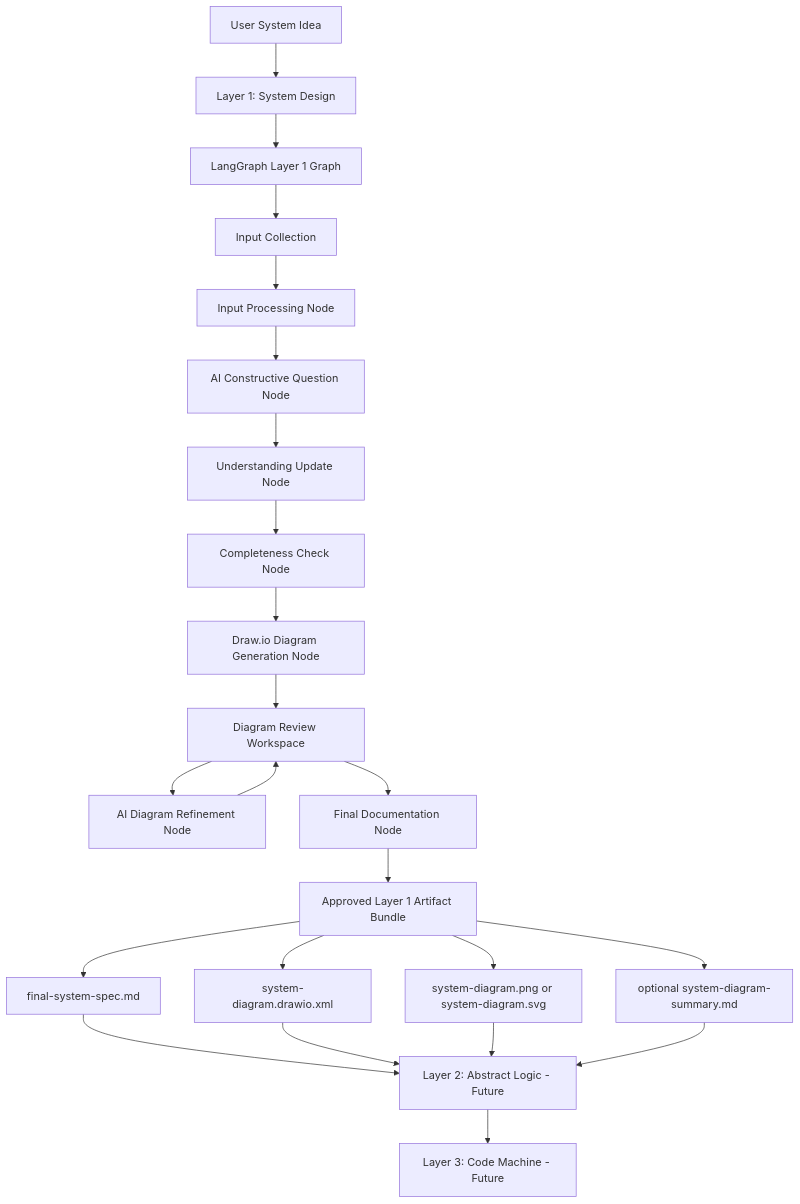
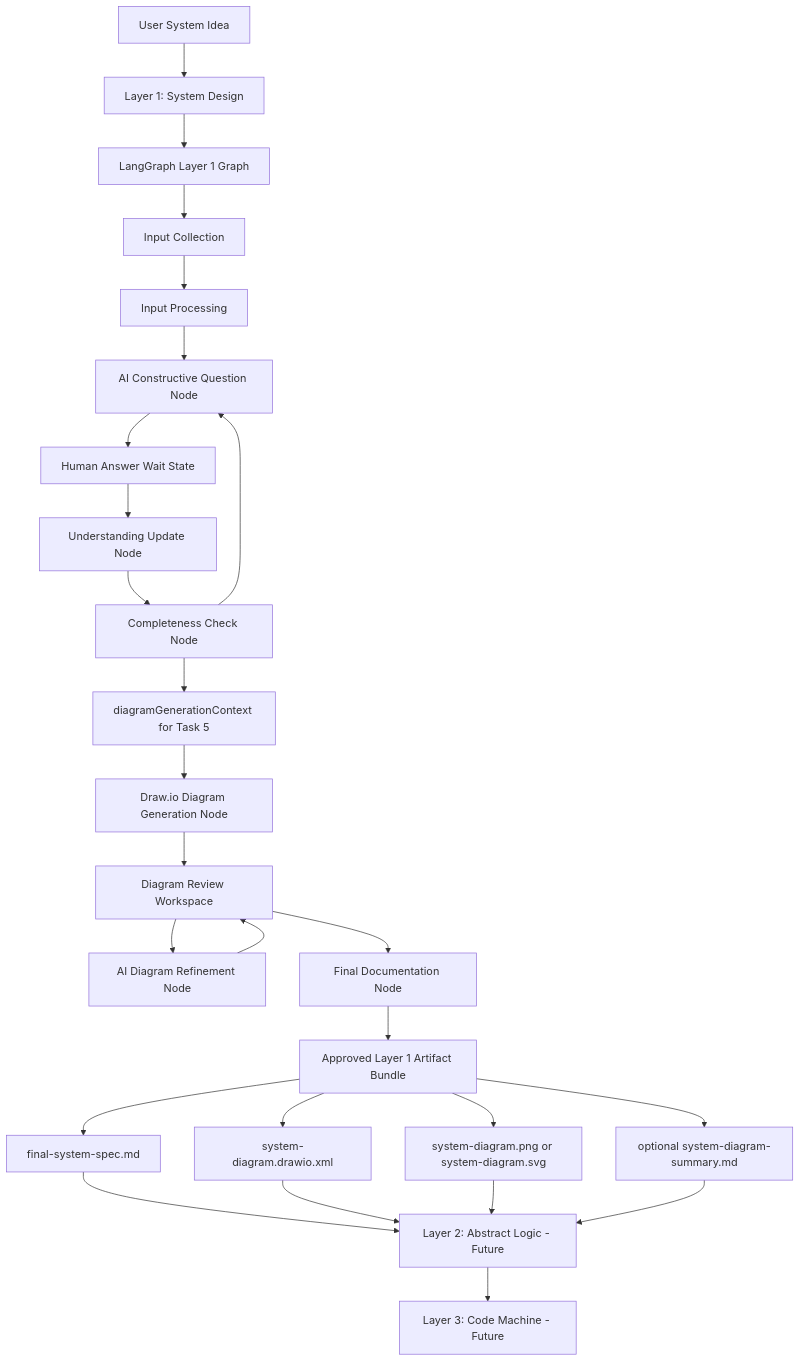
Before and after one commit to ProductMasterz/Mujarrad-Frontend: the first of 19 diagrams in Docs/system-design-detailed-plan.md, drawn with Mermaid. The commit also changed other lines of this file and 29 other files, not shown here.

Commit message:
Complete Task 4 system design clarification workflow

````diff
--- a/Docs/system-design-detailed-plan.md
+++ b/Docs/system-design-detailed-plan.md
@@ -224,30 +279,34 @@
 ```mermaid
 flowchart TD
     A[User System Idea] --> B[Layer 1: System Design]
 
     B --> LG[LangGraph Layer 1 Graph]
 
     LG --> B1[Input Collection]
-    B1 --> B2[Input Processing Node]
+    B1 --> B2[Input Processing]
     B2 --> B3[AI Constructive Question Node]
-    B3 --> B4[Understanding Update Node]
-    B4 --> B5[Completeness Check Node]
-    B5 --> B6[Draw.io Diagram Generation Node]
-    B6 --> B7[Diagram Review Workspace]
-    B7 --> B8[AI Diagram Refinement Node]
-    B8 --> B7
-    B7 --> B9[Final Documentation Node]
-    B9 --> B10[Approved Layer 1 Artifact Bundle]
+    B3 --> B4[Human Answer Wait State]
+    B4 --> B5[Understanding Update Node]
+    B5 --> B6[Completeness Check Node]
+    B6 --> B3
+    B6 --> Handoff[diagramGenerationContext for Task 5]
 
-    B10 --> E1[final-system-spec.md]
-    B10 --> E2[system-diagram.drawio.xml]
-    B10 --> E3[system-diagram.png or system-diagram.svg]
-    B10 --> E4[optional system-diagram-summary.md]
+    Handoff --> B7[Draw.io Diagram Generation Node]
+    B7 --> B8[Diagram Review Workspace]
+    B8 --> B9[AI Diagram Refinement Node]
+    B9 --> B8
+    B8 --> B10[Final Documentation Node]
+    B10 --> B11[Approved Layer 1 Artifact Bundle]
+
+    B11 --> E1[final-system-spec.md]
+    B11 --> E2[system-diagram.drawio.xml]
+    B11 --> E3[system-diagram.png or system-diagram.svg]
+    B11 --> E4[optional system-diagram-summary.md]
 
     E1 --> C[Layer 2: Abstract Logic - Future]
     E2 --> C
     E3 --> C
     E4 --> C
 
     C --> D[Layer 3: Code Machine - Future]
 ```
````
